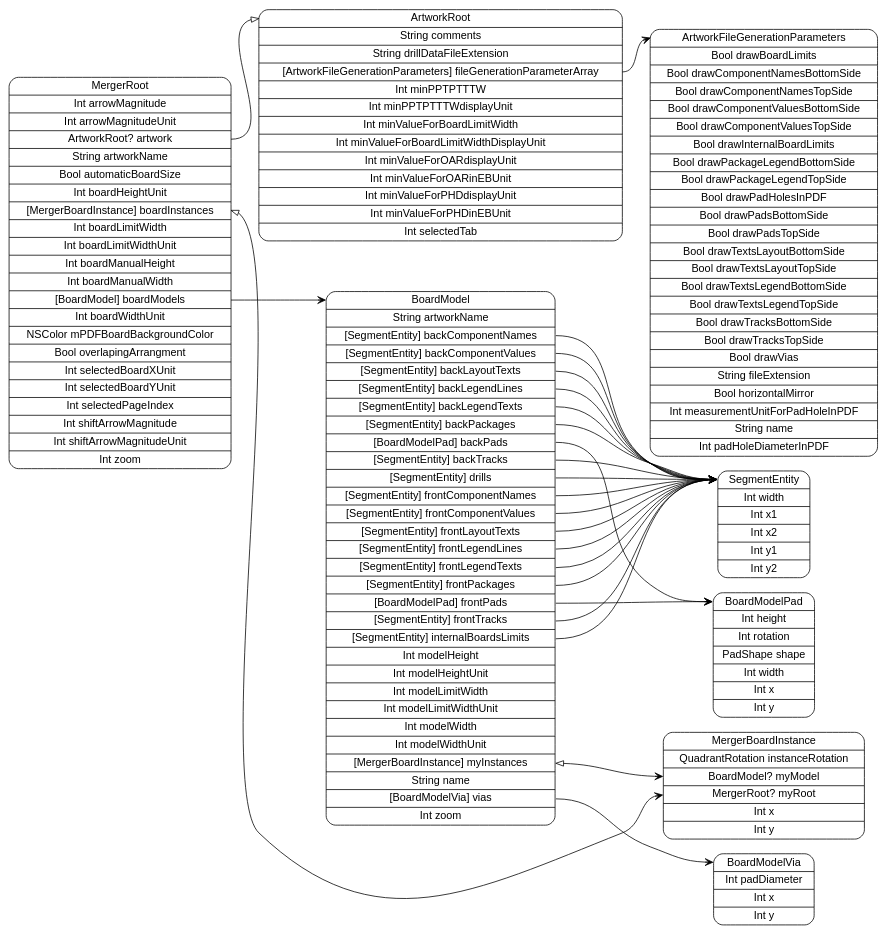
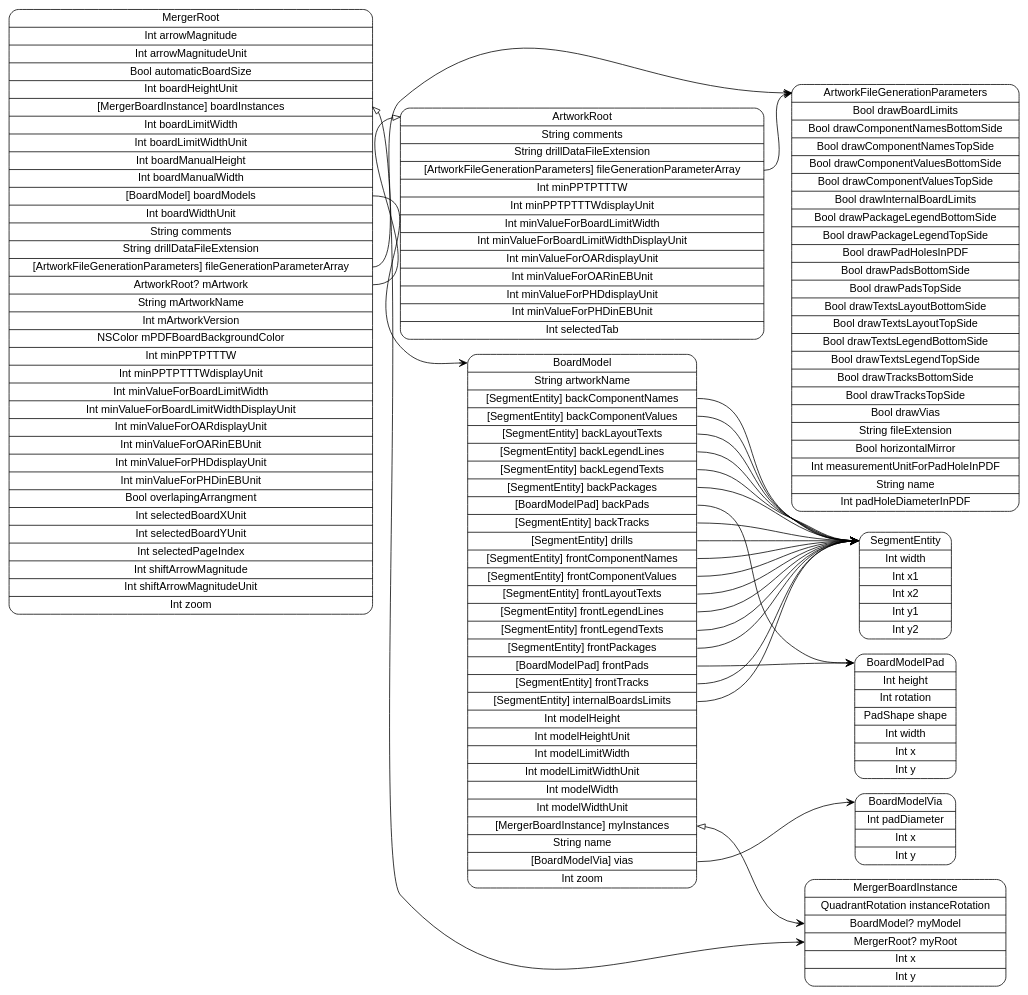
Before and after one commit to pierremolinaro/ElCanari-dev: the diagram in models/MergerRoot.dot, drawn with Graphviz. The commit also changed 19 other files, not shown here.

Commit message:
Merger: display artwork settings

```diff
--- a/models/MergerRoot.dot
+++ b/models/MergerRoot.dot
@@ -1,36 +1,37 @@
 digraph G {
   rankdir=LR ;
   node [shape=record fontname=helvetica style=rounded] ;
-  MergerRoot[label="<MergerRoot>MergerRoot|Int arrowMagnitude|Int arrowMagnitudeUnit|<artwork>ArtworkRoot? artwork|String artworkName|Bool automaticBoardSize|Int boardHeightUnit|<boardInstances>[MergerBoardInstance] boardInstances|Int boardLimitWidth|Int boardLimitWidthUnit|Int boardManualHeight|Int boardManualWidth|<boardModels>[BoardModel] boardModels|Int boardWidthUnit|NSColor mPDFBoardBackgroundColor|Bool overlapingArrangment|Int selectedBoardXUnit|Int selectedBoardYUnit|Int selectedPageIndex|Int shiftArrowMagnitude|Int shiftArrowMagnitudeUnit|Int zoom"] ;
+  MergerRoot[label="<MergerRoot>MergerRoot|Int arrowMagnitude|Int arrowMagnitudeUnit|Bool automaticBoardSize|Int boardHeightUnit|<boardInstances>[MergerBoardInstance] boardInstances|Int boardLimitWidth|Int boardLimitWidthUnit|Int boardManualHeight|Int boardManualWidth|<boardModels>[BoardModel] boardModels|Int boardWidthUnit|String comments|String drillDataFileExtension|<fileGenerationParameterArray>[ArtworkFileGenerationParameters] fileGenerationParameterArray|<mArtwork>ArtworkRoot? mArtwork|String mArtworkName|Int mArtworkVersion|NSColor mPDFBoardBackgroundColor|Int minPPTPTTTW|Int minPPTPTTTWdisplayUnit|Int minValueForBoardLimitWidth|Int minValueForBoardLimitWidthDisplayUnit|Int minValueForOARdisplayUnit|Int minValueForOARinEBUnit|Int minValueForPHDdisplayUnit|Int minValueForPHDinEBUnit|Bool overlapingArrangment|Int selectedBoardXUnit|Int selectedBoardYUnit|Int selectedPageIndex|Int shiftArrowMagnitude|Int shiftArrowMagnitudeUnit|Int zoom"] ;
+  ArtworkRoot[label="<ArtworkRoot>ArtworkRoot|String comments|String drillDataFileExtension|<fileGenerationParameterArray>[ArtworkFileGenerationParameters] fileGenerationParameterArray|Int minPPTPTTTW|Int minPPTPTTTWdisplayUnit|Int minValueForBoardLimitWidth|Int minValueForBoardLimitWidthDisplayUnit|Int minValueForOARdisplayUnit|Int minValueForOARinEBUnit|Int minValueForPHDdisplayUnit|Int minValueForPHDinEBUnit|Int selectedTab"] ;
+  ArtworkFileGenerationParameters[label="<ArtworkFileGenerationParameters>ArtworkFileGenerationParameters|Bool drawBoardLimits|Bool drawComponentNamesBottomSide|Bool drawComponentNamesTopSide|Bool drawComponentValuesBottomSide|Bool drawComponentValuesTopSide|Bool drawInternalBoardLimits|Bool drawPackageLegendBottomSide|Bool drawPackageLegendTopSide|Bool drawPadHolesInPDF|Bool drawPadsBottomSide|Bool drawPadsTopSide|Bool drawTextsLayoutBottomSide|Bool drawTextsLayoutTopSide|Bool drawTextsLegendBottomSide|Bool drawTextsLegendTopSide|Bool drawTracksBottomSide|Bool drawTracksTopSide|Bool drawVias|String fileExtension|Bool horizontalMirror|Int measurementUnitForPadHoleInPDF|String name|Int padHoleDiameterInPDF"] ;
   BoardModel[label="<BoardModel>BoardModel|String artworkName|<backComponentNames>[SegmentEntity] backComponentNames|<backComponentValues>[SegmentEntity] backComponentValues|<backLayoutTexts>[SegmentEntity] backLayoutTexts|<backLegendLines>[SegmentEntity] backLegendLines|<backLegendTexts>[SegmentEntity] backLegendTexts|<backPackages>[SegmentEntity] backPackages|<backPads>[BoardModelPad] backPads|<backTracks>[SegmentEntity] backTracks|<drills>[SegmentEntity] drills|<frontComponentNames>[SegmentEntity] frontComponentNames|<frontComponentValues>[SegmentEntity] frontComponentValues|<frontLayoutTexts>[SegmentEntity] frontLayoutTexts|<frontLegendLines>[SegmentEntity] frontLegendLines|<frontLegendTexts>[SegmentEntity] frontLegendTexts|<frontPackages>[SegmentEntity] frontPackages|<frontPads>[BoardModelPad] frontPads|<frontTracks>[SegmentEntity] frontTracks|<internalBoardsLimits>[SegmentEntity] internalBoardsLimits|Int modelHeight|Int modelHeightUnit|Int modelLimitWidth|Int modelLimitWidthUnit|Int modelWidth|Int modelWidthUnit|<myInstances>[MergerBoardInstance] myInstances|String name|<vias>[BoardModelVia] vias|Int zoom"] ;
   BoardModelVia[label="<BoardModelVia>BoardModelVia|Int padDiameter|Int x|Int y"] ;
   BoardModelPad[label="<BoardModelPad>BoardModelPad|Int height|Int rotation|PadShape shape|Int width|Int x|Int y"] ;
   SegmentEntity[label="<SegmentEntity>SegmentEntity|Int width|Int x1|Int x2|Int y1|Int y2"] ;
   MergerBoardInstance[label="<MergerBoardInstance>MergerBoardInstance|QuadrantRotation instanceRotation|<myModel>BoardModel? myModel|<myRoot>MergerRoot? myRoot|Int x|Int y"] ;
-  ArtworkRoot[label="<ArtworkRoot>ArtworkRoot|String comments|String drillDataFileExtension|<fileGenerationParameterArray>[ArtworkFileGenerationParameters] fileGenerationParameterArray|Int minPPTPTTTW|Int minPPTPTTTWdisplayUnit|Int minValueForBoardLimitWidth|Int minValueForBoardLimitWidthDisplayUnit|Int minValueForOARdisplayUnit|Int minValueForOARinEBUnit|Int minValueForPHDdisplayUnit|Int minValueForPHDinEBUnit|Int selectedTab"] ;
-  ArtworkFileGenerationParameters[label="<ArtworkFileGenerationParameters>ArtworkFileGenerationParameters|Bool drawBoardLimits|Bool drawComponentNamesBottomSide|Bool drawComponentNamesTopSide|Bool drawComponentValuesBottomSide|Bool drawComponentValuesTopSide|Bool drawInternalBoardLimits|Bool drawPackageLegendBottomSide|Bool drawPackageLegendTopSide|Bool drawPadHolesInPDF|Bool drawPadsBottomSide|Bool drawPadsTopSide|Bool drawTextsLayoutBottomSide|Bool drawTextsLayoutTopSide|Bool drawTextsLegendBottomSide|Bool drawTextsLegendTopSide|Bool drawTracksBottomSide|Bool drawTracksTopSide|Bool drawVias|String fileExtension|Bool horizontalMirror|Int measurementUnitForPadHoleInPDF|String name|Int padHoleDiameterInPDF"] ;
-  MergerRoot:artwork -> ArtworkRoot:ArtworkRoot [dir=both arrowtail=none arrowhead=onormal] ;
   MergerRoot:boardInstances -> MergerBoardInstance:myRoot [dir=both arrowtail=onormal arrowhead=vee] ;
   MergerRoot:boardModels -> BoardModel:BoardModel [dir=both arrowtail=none arrowhead=vee] ;
+  MergerRoot:fileGenerationParameterArray -> ArtworkFileGenerationParameters:ArtworkFileGenerationParameters [dir=both arrowtail=none arrowhead=vee] ;
+  MergerRoot:mArtwork -> ArtworkRoot:ArtworkRoot [dir=both arrowtail=none arrowhead=onormal] ;
+  ArtworkRoot:fileGenerationParameterArray -> ArtworkFileGenerationParameters:ArtworkFileGenerationParameters [dir=both arrowtail=none arrowhead=vee] ;
   BoardModel:backComponentNames -> SegmentEntity:SegmentEntity [dir=both arrowtail=none arrowhead=vee] ;
   BoardModel:backComponentValues -> SegmentEntity:SegmentEntity [dir=both arrowtail=none arrowhead=vee] ;
   BoardModel:backLayoutTexts -> SegmentEntity:SegmentEntity [dir=both arrowtail=none arrowhead=vee] ;
   BoardModel:backLegendLines -> SegmentEntity:SegmentEntity [dir=both arrowtail=none arrowhead=vee] ;
   BoardModel:backLegendTexts -> SegmentEntity:SegmentEntity [dir=both arrowtail=none arrowhead=vee] ;
   BoardModel:backPackages -> SegmentEntity:SegmentEntity [dir=both arrowtail=none arrowhead=vee] ;
   BoardModel:backPads -> BoardModelPad:BoardModelPad [dir=both arrowtail=none arrowhead=vee] ;
   BoardModel:backTracks -> SegmentEntity:SegmentEntity [dir=both arrowtail=none arrowhead=vee] ;
   BoardModel:drills -> SegmentEntity:SegmentEntity [dir=both arrowtail=none arrowhead=vee] ;
   BoardModel:frontComponentNames -> SegmentEntity:SegmentEntity [dir=both arrowtail=none arrowhead=vee] ;
   BoardModel:frontComponentValues -> SegmentEntity:SegmentEntity [dir=both arrowtail=none arrowhead=vee] ;
   BoardModel:frontLayoutTexts -> SegmentEntity:SegmentEntity [dir=both arrowtail=none arrowhead=vee] ;
   BoardModel:frontLegendLines -> SegmentEntity:SegmentEntity [dir=both arrowtail=none arrowhead=vee] ;
   BoardModel:frontLegendTexts -> SegmentEntity:SegmentEntity [dir=both arrowtail=none arrowhead=vee] ;
   BoardModel:frontPackages -> SegmentEntity:SegmentEntity [dir=both arrowtail=none arrowhead=vee] ;
   BoardModel:frontPads -> BoardModelPad:BoardModelPad [dir=both arrowtail=none arrowhead=vee] ;
   BoardModel:frontTracks -> SegmentEntity:SegmentEntity [dir=both arrowtail=none arrowhead=vee] ;
   BoardModel:internalBoardsLimits -> SegmentEntity:SegmentEntity [dir=both arrowtail=none arrowhead=vee] ;
   BoardModel:myInstances -> MergerBoardInstance:myModel [dir=both arrowtail=onormal arrowhead=vee] ;
   BoardModel:vias -> BoardModelVia:BoardModelVia [dir=both arrowtail=none arrowhead=vee] ;
-  ArtworkRoot:fileGenerationParameterArray -> ArtworkFileGenerationParameters:ArtworkFileGenerationParameters [dir=both arrowtail=none arrowhead=vee] ;
 }
```
